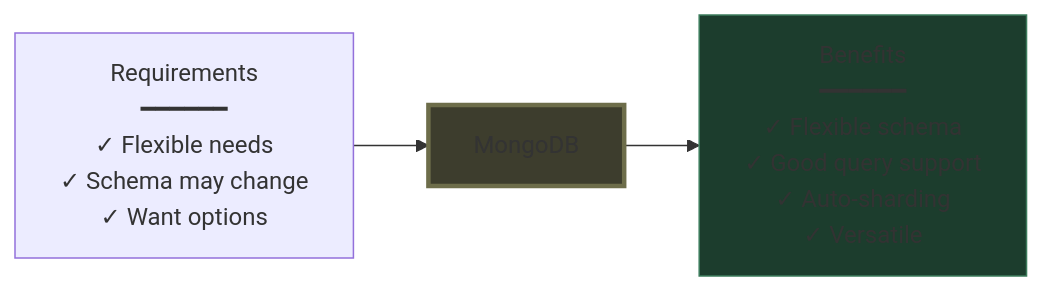
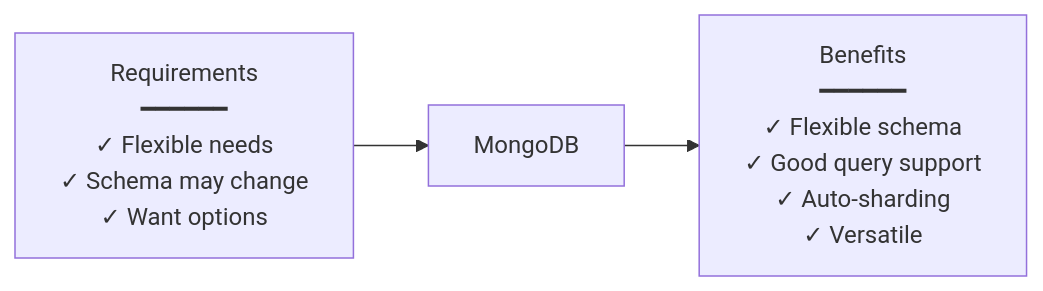
Diagram 21 of 21 in system design beginner/10. Picking the right database.md (Yash-Kavaiya/The-System-Design-Masterclass), drawn with Mermaid before and after one commit. The commit also changed other lines of this file, not shown here.

````diff
--- a/system design beginner/10. Picking the right database.md
+++ b/system design beginner/10. Picking the right database.md
@@ -843,13 +778,11 @@
 ```mermaid
 graph LR
     REQ[Requirements<br/>━━━━━━<br/>✓ Flexible needs<br/>✓ Schema may change<br/>✓ Want options]
     
     CHOICE[MongoDB]
     
     BENEFIT[Benefits<br/>━━━━━━<br/>✓ Flexible schema<br/>✓ Good query support<br/>✓ Auto-sharding<br/>✓ Versatile]
     
     REQ --> CHOICE --> BENEFIT
     
-    style CHOICE fill:#3d3d2d,stroke:#6d6d4a,stroke-width:3px
-    style BENEFIT fill:#1c3d2d,stroke:#3c7c5c
 ```
````
